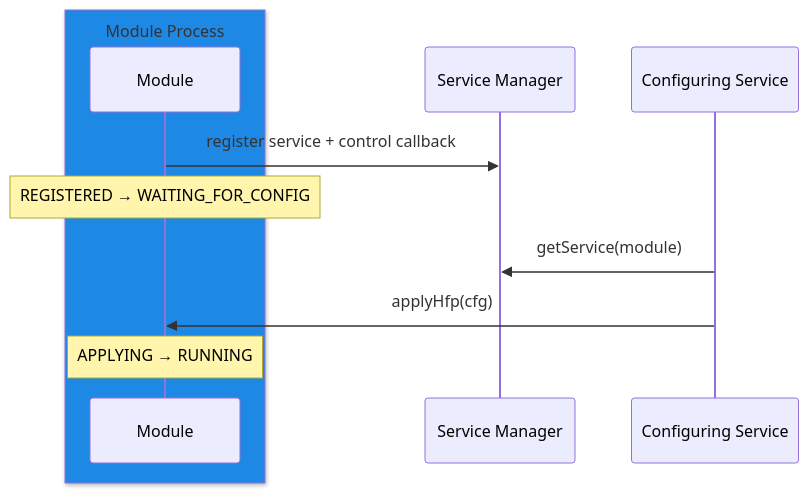
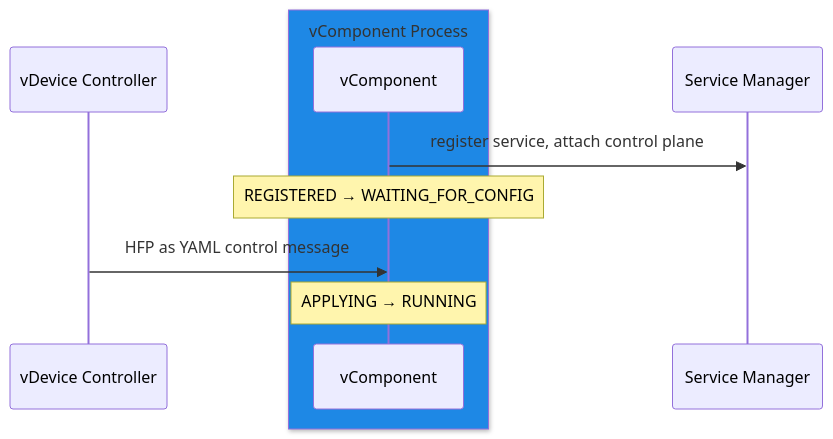
One commit to rdkcentral/rdk-halif-aidl changed the fourth of 4 diagrams in docs/vsi/boot_sequence/current/module_boot_sequence.md. Above: the diagram before and after it, drawn with Mermaid. The commit also changed other lines of this file, not shown here.

First line of the commit message:
docs(vsi): correct HFP delivery — control plane YAML, not Binder

````diff
--- a/docs/vsi/boot_sequence/current/module_boot_sequence.md
+++ b/docs/vsi/boot_sequence/current/module_boot_sequence.md
@@ -173,14 +168,13 @@
 ```mermaid
 sequenceDiagram
-    box rgb(30,136,229) Module Process
-        participant Module as Module
+    participant Ctrl as vDevice Controller
+    box rgb(30,136,229) vComponent Process
+        participant Module as vComponent
     end
     participant SM as Service Manager
-    participant Svc as Configuring Service
 
-    Module->>SM: register service + control callback
+    Module->>SM: register service, attach control plane
     Note over Module: REGISTERED → WAITING_FOR_CONFIG
-    Svc->>SM: getService(module)
-    Svc->>Module: applyHfp(cfg)
+    Ctrl->>Module: HFP as YAML control message
     Note over Module: APPLYING → RUNNING
 ```
````
